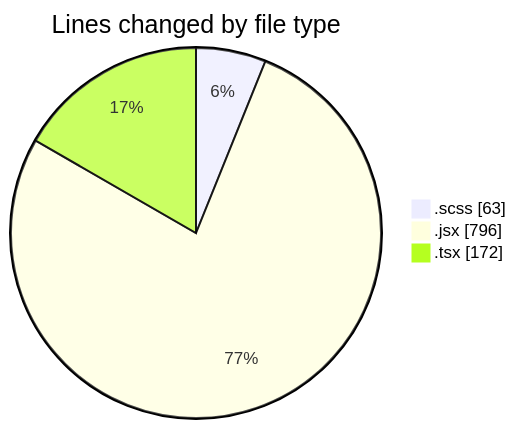
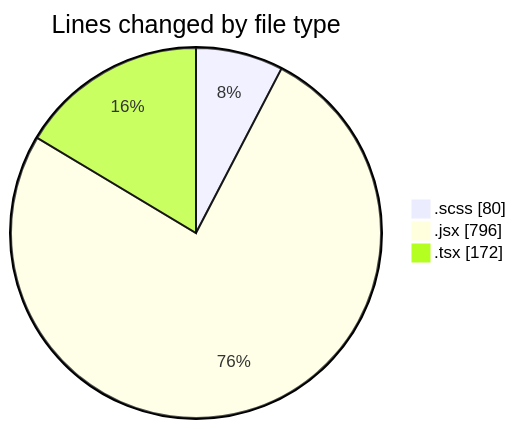
One commit to momahboobian/code-tracking changed the first of 2 diagrams in 2025-06-03/cda/README.md. Above: the diagram before and after it, drawn with Mermaid. The commit also changed other lines of this file and 1 other file, not shown here.

````diff
--- a/2025-06-03/cda/README.md
+++ b/2025-06-03/cda/README.md
@@ -23,7 +23,7 @@
 ```mermaid
 pie showData
 title Lines changed by file type
-".scss" : 63
+".scss" : 80
 ".jsx" : 796
 ".tsx" : 172
 ```
````
